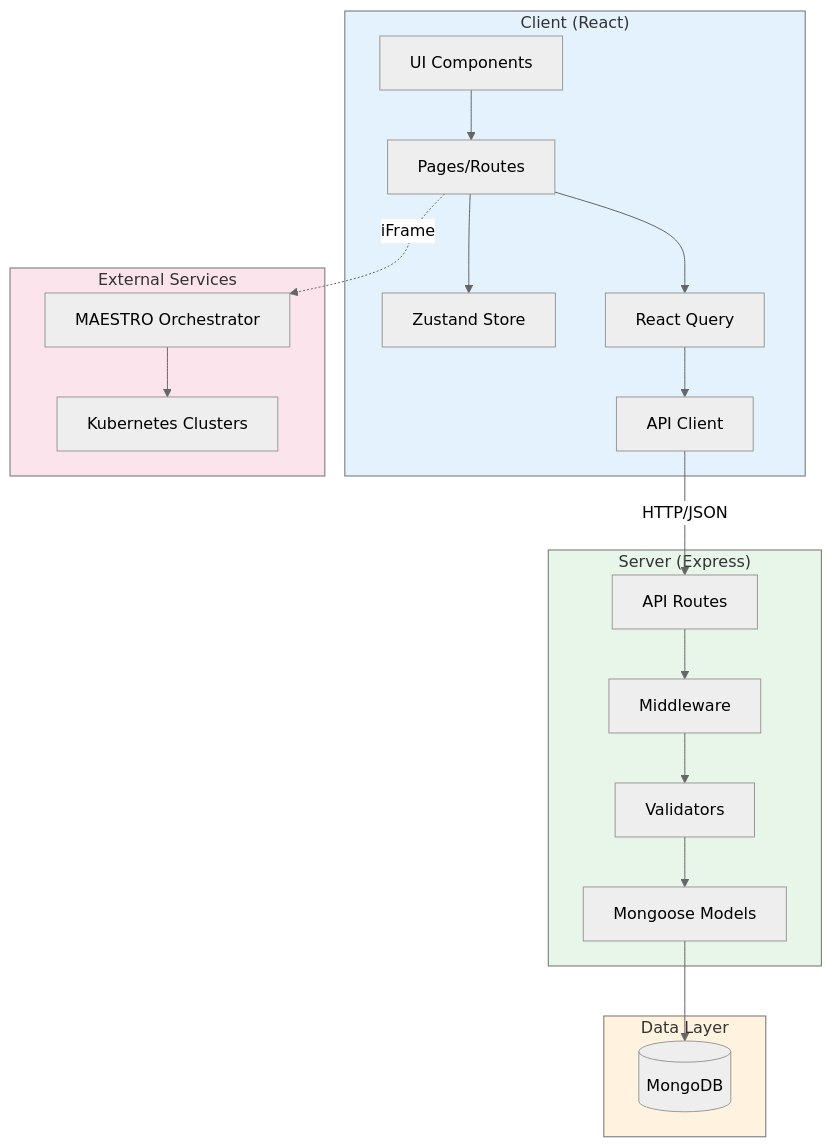
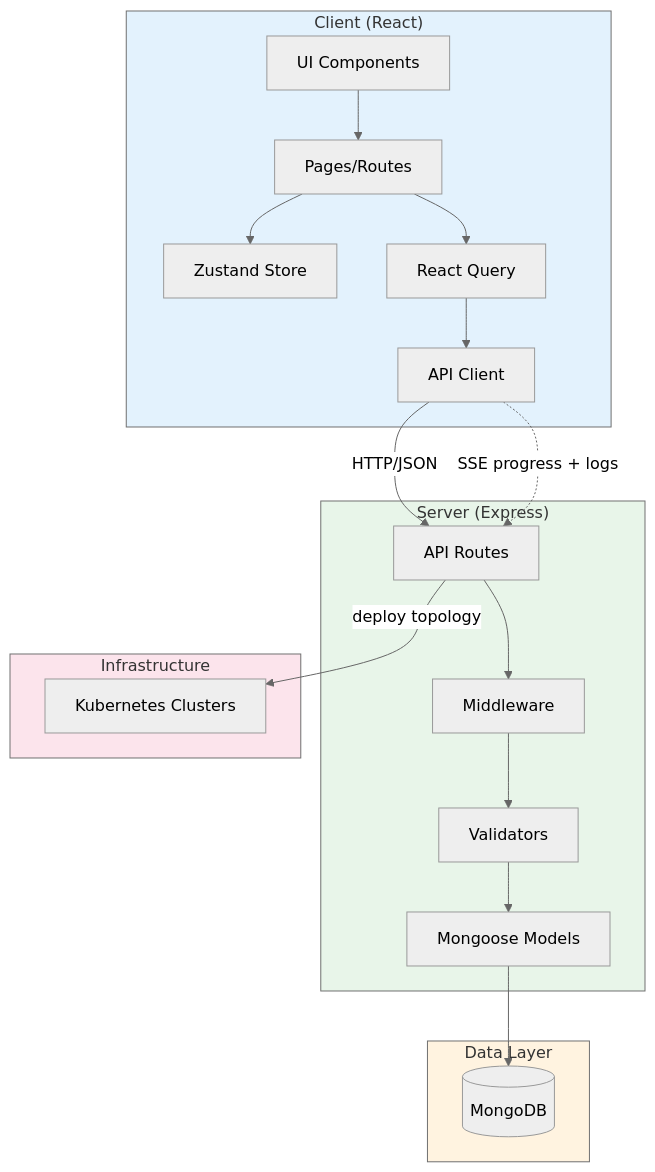
Before and after one commit to montimage-projects/mi-digitaltwin-management-service: the first of 3 diagrams in docs/architecture/overview.md, drawn with Mermaid (neutral theme). The commit also changed 72 other files, not shown here.

````diff
--- a/docs/architecture/overview.md
+++ b/docs/architecture/overview.md
@@ -7,44 +7,43 @@
 ```mermaid
 graph TB
  subgraph Client["Client (React)"]
  UI[UI Components]
  Pages[Pages/Routes]
  Store[Zustand Store]
  RQ[React Query]
  API[API Client]
  end
 
  subgraph Server["Server (Express)"]
  Routes[API Routes]
  MW[Middleware]
  Valid[Validators]
  Models[Mongoose Models]
  end
 
  subgraph Data["Data Layer"]
  DB[(MongoDB)]
  end
 
- subgraph External["External Services"]
- MAESTRO[MAESTRO Orchestrator]
+ subgraph External["Infrastructure"]
  K8S[Kubernetes Clusters]
  end
 
  UI --> Pages
  Pages --> Store
  Pages --> RQ
  RQ --> API
  API -->|HTTP/JSON| Routes
+ API -.->|SSE progress + logs| Routes
  Routes --> MW
  MW --> Valid
  Valid --> Models
  Models --> DB
 
- Pages -.->|iFrame| MAESTRO
- MAESTRO --> K8S
+ Routes -->|deploy topology| K8S
 
  style Client fill:#e3f2fd
  style Server fill:#e8f5e9
  style Data fill:#fff3e0
  style External fill:#fce4ec
 ```
````
